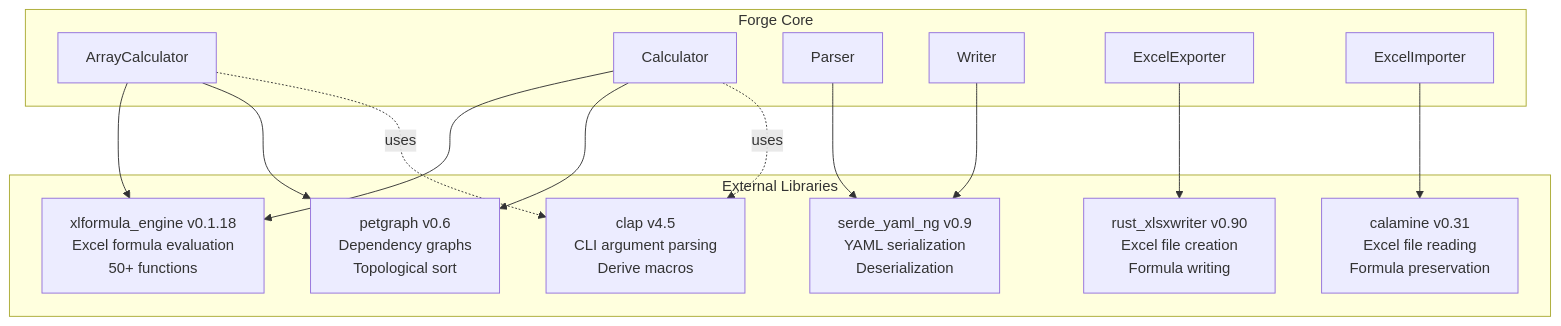
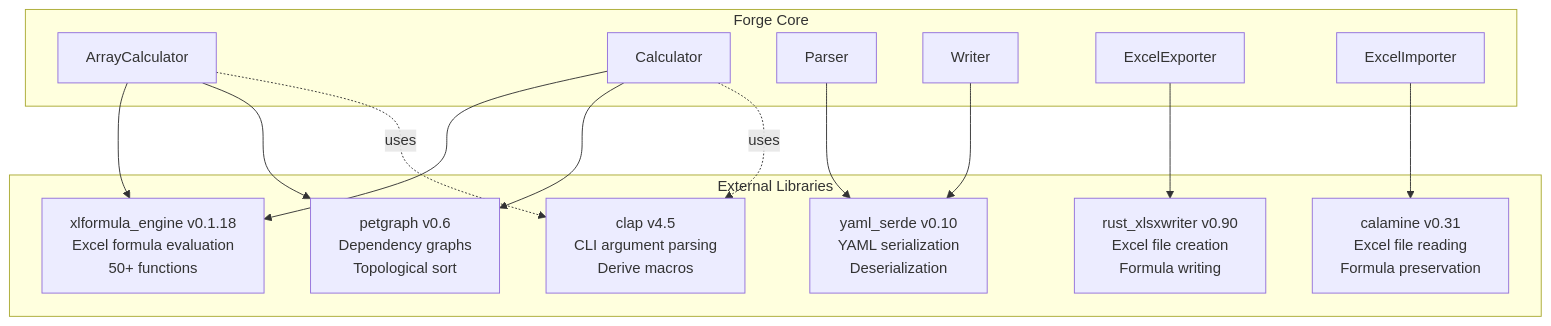
One commit to mollendorff-ai/forge changed diagram 12 of 12 in docs/architecture/01-COMPONENT-ARCHITECTURE.md. Above: the diagram before and after it, drawn with Mermaid. The commit also changed other lines of this file and 29 other files, not shown here.

First line of the commit message:
Replace serde_yaml_ng with yaml_serde to drop unmaintained unsafe-libyaml

````diff
--- a/docs/architecture/01-COMPONENT-ARCHITECTURE.md
+++ b/docs/architecture/01-COMPONENT-ARCHITECTURE.md
@@ -1620,31 +1620,31 @@
 ```mermaid
 graph TB
     subgraph "Forge Core"
         ArrayCalc["ArrayCalculator"]
         ScalarCalc["Calculator"]
         Parser["Parser"]
         Writer["Writer"]
         Exporter["ExcelExporter"]
         Importer["ExcelImporter"]
     end
 
     subgraph "External Libraries"
         XLFormula["xlformula_engine v0.1.18<br/>Excel formula evaluation<br/>50+ functions"]
         PetGraph["petgraph v0.6<br/>Dependency graphs<br/>Topological sort"]
-        SerdeYAML["serde_yaml_ng v0.9<br/>YAML serialization<br/>Deserialization"]
+        SerdeYAML["yaml_serde v0.10<br/>YAML serialization<br/>Deserialization"]
         RustXLSX["rust_xlsxwriter v0.90<br/>Excel file creation<br/>Formula writing"]
         Calamine["calamine v0.31<br/>Excel file reading<br/>Formula preservation"]
         Clap["clap v4.5<br/>CLI argument parsing<br/>Derive macros"]
     end
 
     ArrayCalc --> XLFormula
     ArrayCalc --> PetGraph
     ScalarCalc --> XLFormula
     ScalarCalc --> PetGraph
     Parser --> SerdeYAML
     Writer --> SerdeYAML
     Exporter --> RustXLSX
     Importer --> Calamine
     ArrayCalc -.->|uses| Clap
     ScalarCalc -.->|uses| Clap
 ```
````
